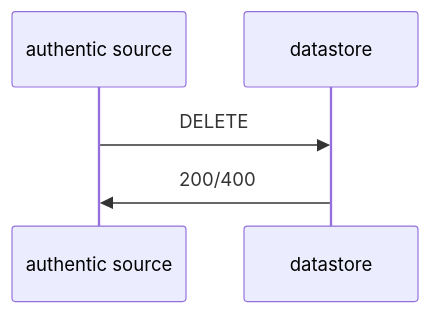
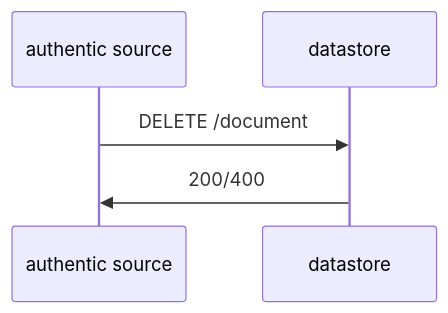
The third of 8 diagrams in standards/apiv21.md (dc4eu/vc), drawn with Mermaid before and after one commit. The commit also changed other lines of this file, not shown here.

````diff
--- a/standards/apiv21.md
+++ b/standards/apiv21.md
@@ -148,5 +148,5 @@
 ```mermaid
 sequenceDiagram;
-    authentic source->>datastore: DELETE;
+    authentic source->>datastore: DELETE /document;
     datastore->>authentic source: 200/400;
 ```
````
